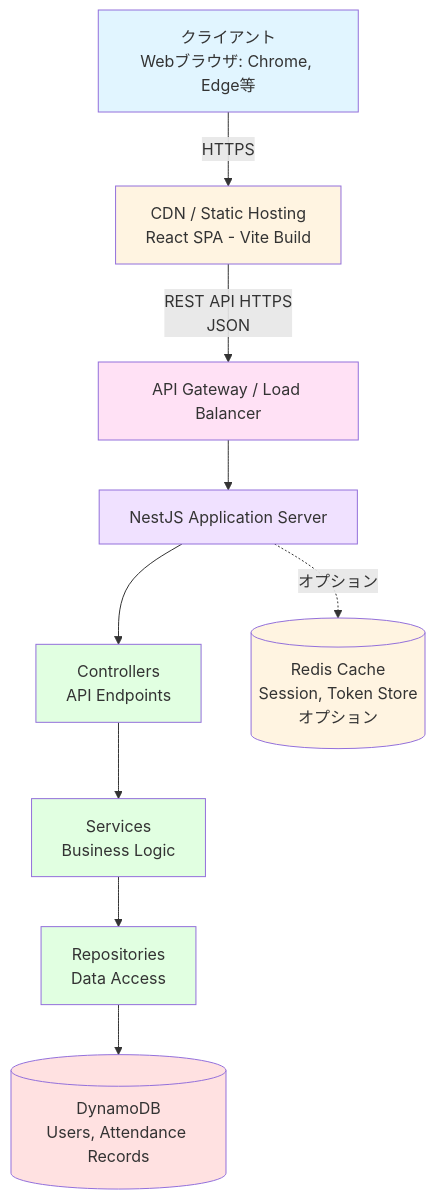
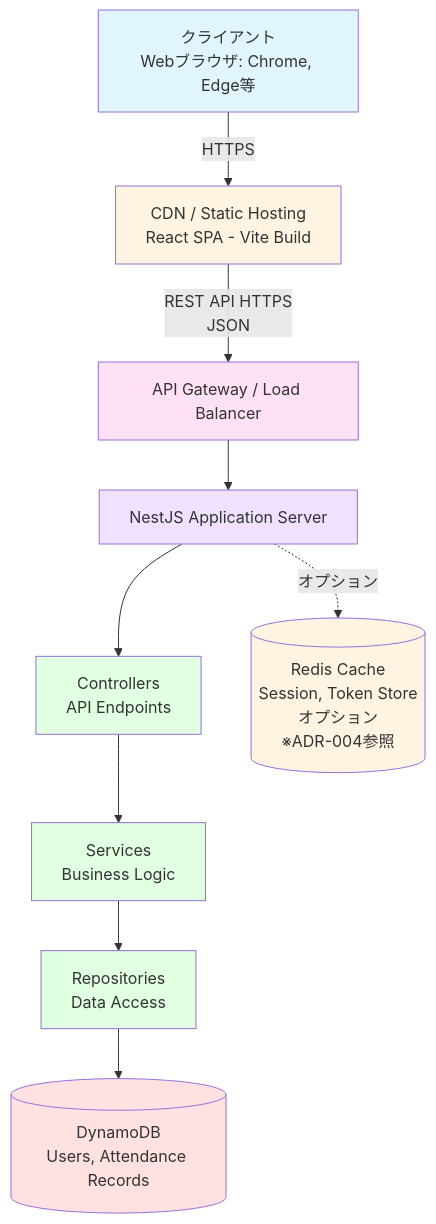
Before and after one commit to goataka/document-driven-development: the diagram in docs/implement/README.md, drawn with Mermaid. The commit also changed other lines of this file and 21 other files, not shown here.

Commit message:
Migrate undecided architecture considerations to specs/architecture with ADR format (#19)

````diff
--- a/docs/implement/README.md
+++ b/docs/implement/README.md
@@ -123,31 +123,31 @@
 ```mermaid
 graph TB
     Client[クライアント<br/>Webブラウザ: Chrome, Edge等]
     CDN[CDN / Static Hosting<br/>React SPA - Vite Build]
     Gateway[API Gateway / Load Balancer]
     NestJS[NestJS Application Server]
     Controllers[Controllers<br/>API Endpoints]
     Services[Services<br/>Business Logic]
     Repositories[Repositories<br/>Data Access]
     DB[(DynamoDB<br/>Users, Attendance Records)]
-    Redis[(Redis Cache<br/>Session, Token Store<br/>オプション)]
+    Redis[(Redis Cache<br/>Session, Token Store<br/>オプション<br/>※ADR-004参照)]
     
     Client -->|HTTPS| CDN
     CDN -->|REST API HTTPS<br/>JSON| Gateway
     Gateway --> NestJS
     NestJS --> Controllers
     Controllers --> Services
     Services --> Repositories
     Repositories --> DB
     NestJS -.->|オプション| Redis
     
     style Client fill:#e1f5ff
     style CDN fill:#fff4e1
     style Gateway fill:#ffe1f5
     style NestJS fill:#f0e1ff
     style Controllers fill:#e1ffe1
     style Services fill:#e1ffe1
     style Repositories fill:#e1ffe1
     style DB fill:#ffe1e1
     style Redis fill:#fff4e1
 ```
````
